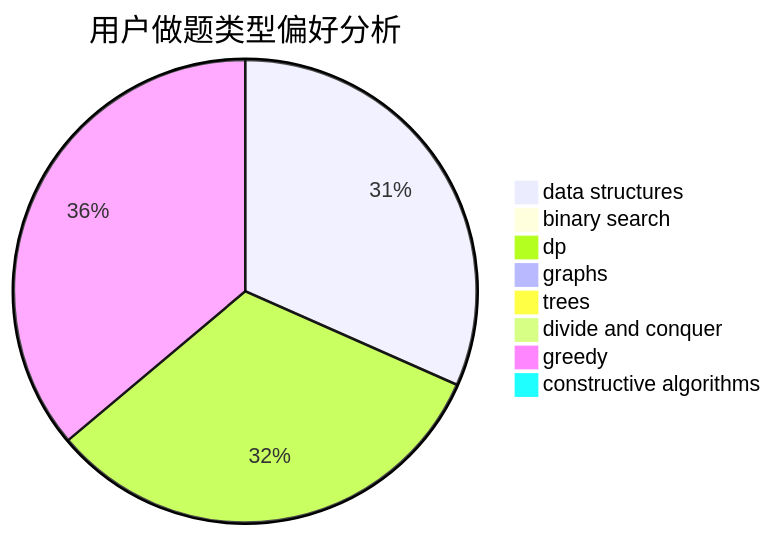
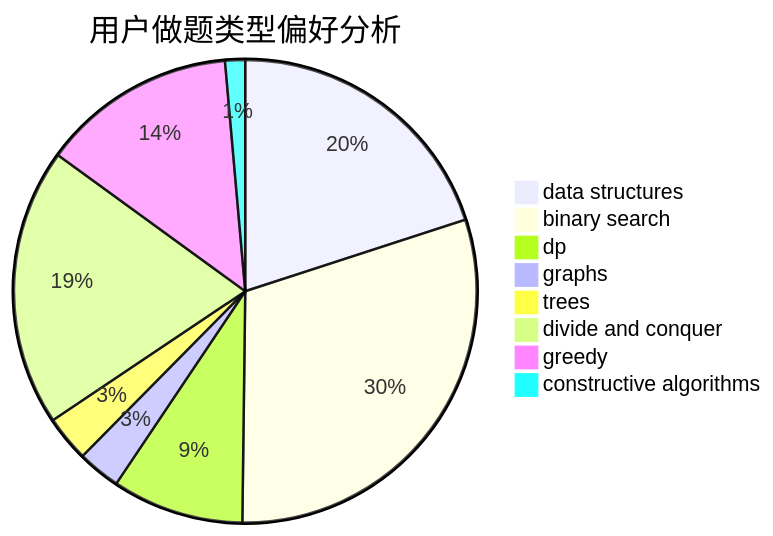
Before and after one commit to sherpahu/cfrs.github.io: the second of 3 diagrams in docs/user/u429.md, drawn with Mermaid. The commit also changed other lines of this file and 2770 other files, not shown here.

````diff
--- a/docs/user/u429.md
+++ b/docs/user/u429.md
@@ -23,11 +23,11 @@
 ```mermaid
 pie title 用户做题类型偏好分析
-    "data structures" :  358
-    "binary search" :  1
-    "dp" :  365
-    "graphs" :  4
-    "trees" :  0
-    "divide and conquer" :  0
-    "greedy" :  409
-    "constructive algorithms" :  3
+    "data structures" :  100
+    "binary search" :  151
+    "dp" :  46
+    "graphs" :  15
+    "trees" :  16
+    "divide and conquer" :  97
+    "greedy" :  68
+    "constructive algorithms" :  7
 ```
````
